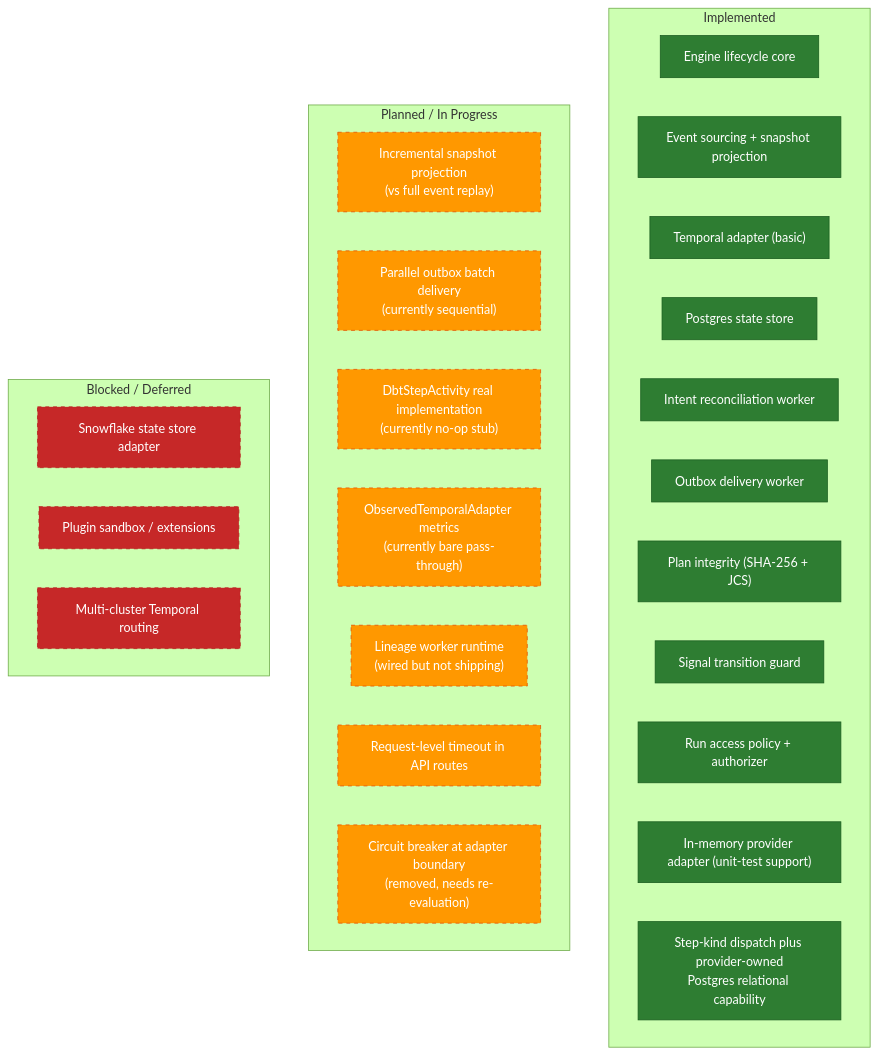
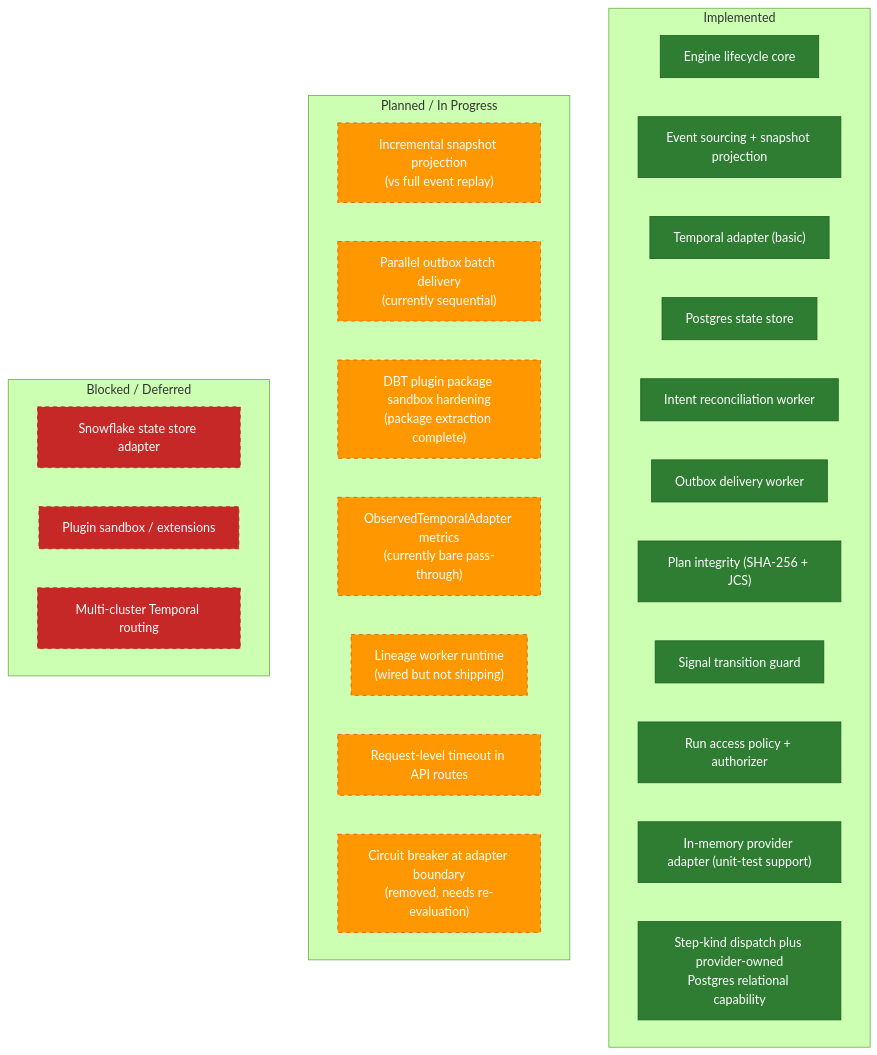
The fourth of 4 diagrams in docs/architecture/diagrams/implementation-architecture-diagrams.md (dunay2/dvt), drawn with Mermaid (forest theme) before and after one commit. The commit also changed 44 other files, not shown here.

Commit message:
refactor(temporal): Extract DBT plugin package

````diff
--- a/docs/architecture/diagrams/implementation-architecture-diagrams.md
+++ b/docs/architecture/diagrams/implementation-architecture-diagrams.md
@@ -409,36 +409,36 @@
 ```mermaid
 flowchart TB
   classDef impl fill:#2E7D32,color:#fff,stroke:#1B5E20
   classDef planned fill:#FF9800,color:#fff,stroke:#E65100,stroke-dasharray:5 5
   classDef blocked fill:#C62828,color:#fff,stroke:#B71C1C,stroke-dasharray:5 5
 
   subgraph "Implemented"
     E1["Engine lifecycle core"]:::impl
     E2["Event sourcing + snapshot projection"]:::impl
     E3["Temporal adapter (basic)"]:::impl
     E4["Postgres state store"]:::impl
     E5["Intent reconciliation worker"]:::impl
     E6["Outbox delivery worker"]:::impl
     E7["Plan integrity (SHA-256 + JCS)"]:::impl
     E8["Signal transition guard"]:::impl
     E9["Run access policy + authorizer"]:::impl
     E10["In-memory provider adapter (unit-test support)"]:::impl
     E11["Step-kind dispatch plus provider-owned<br/>Postgres relational capability"]:::impl
   end
 
   subgraph "Planned / In Progress"
     P1["Incremental snapshot projection<br/>(vs full event replay)"]:::planned
     P2["Parallel outbox batch delivery<br/>(currently sequential)"]:::planned
-    P4["DbtStepActivity real implementation<br/>(currently no-op stub)"]:::planned
+    P4["DBT plugin package sandbox hardening<br/>(package extraction complete)"]:::planned
     P5["ObservedTemporalAdapter metrics<br/>(currently bare pass-through)"]:::planned
     P7["Lineage worker runtime<br/>(wired but not shipping)"]:::planned
     P8["Request-level timeout in API routes"]:::planned
     P9["Circuit breaker at adapter boundary<br/>(removed, needs re-evaluation)"]:::planned
   end
 
   subgraph "Blocked / Deferred"
     B1["Snowflake state store adapter"]:::blocked
     B2["Plugin sandbox / extensions"]:::blocked
     B3["Multi-cluster Temporal routing"]:::blocked
   end
 ```
````
